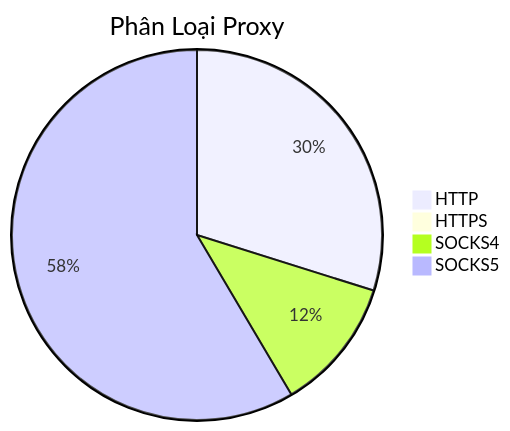
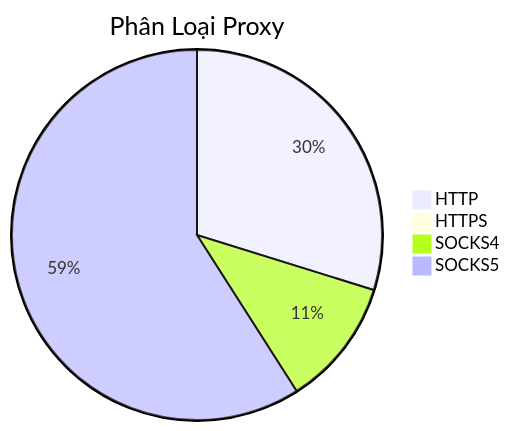
One commit to Ciara-Aa/PROXY-free changed the diagram in README.md. Above: the diagram before and after it, drawn with Mermaid. The commit also changed other lines of this file and 4 other files, not shown here.

````diff
--- a/README.md
+++ b/README.md
@@ -26,7 +26,7 @@
 ```mermaid
 pie title Phân Loại Proxy
-    "HTTP" : 820
-    "HTTPS" : 4
+    "HTTP" : 855
+    "HTTPS" : 7
     "SOCKS4" : 320
-    "SOCKS5" : 1607
+    "SOCKS5" : 1694
 ```
````
